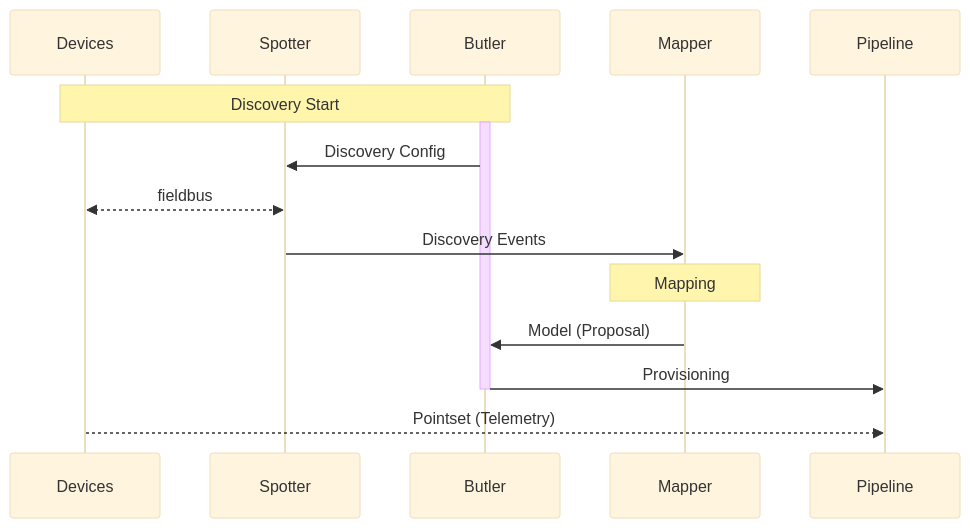
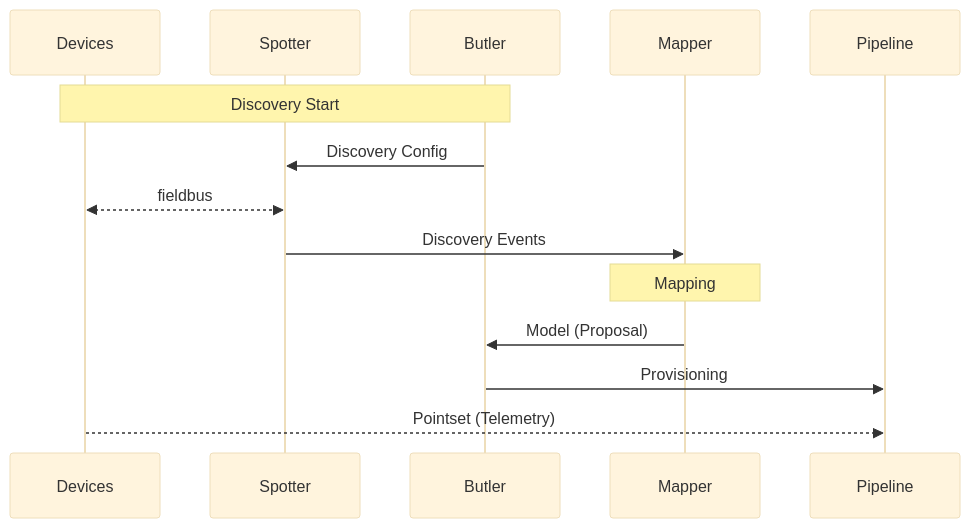
The diagram in docs/specs/discovery.md (grafnu/udmi), drawn with Mermaid (base theme) before and after one commit. The commit also changed other lines of this file, not shown here.

Commit message:
Update discovery intro and remove Butler activation lines
TAG=agy

CONV=f0ce9094-0c42-4b33-a426-7de9fd846e4e

````diff
--- a/docs/specs/discovery.md
+++ b/docs/specs/discovery.md
@@ -35,19 +35,17 @@
 ```mermaid
 sequenceDiagram
   %%{wrap}%%
   participant Devices
   participant Spotter
   participant Butler
   participant Mapper
   participant Pipeline
   Note over Devices, Butler: Discovery Start
-  activate Butler
   Butler->>Spotter: Discovery Config
   Devices<<-->>Spotter: fieldbus
   Spotter->>Mapper: Discovery Events
   Note over Mapper: Mapping
   Mapper->>Butler: Model (Proposal)
   Butler->>Pipeline: Provisioning
-  deactivate Butler
   Devices-->>Pipeline: Pointset (Telemetry)
 ```
````
